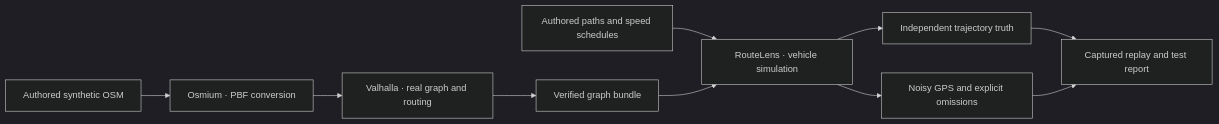
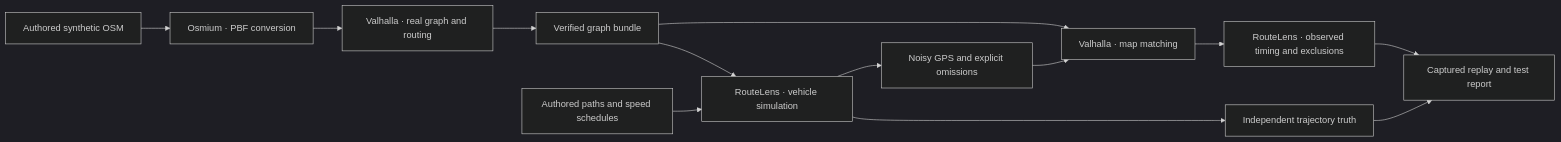
The diagram in README.md (dicebattle/roadmesh), drawn with Mermaid (dark theme) before and after one commit. The commit also changed other lines of this file and 438 other files, not shown here.

````diff
--- a/README.md
+++ b/README.md
@@ -64,12 +65,15 @@
 ```mermaid
 flowchart LR
   F[Authored synthetic OSM] --> O[Osmium · PBF conversion]
   O --> V[Valhalla · real graph and routing]
   V --> G[Verified graph bundle]
   S[Authored paths and speed schedules] --> P[RouteLens · vehicle simulation]
   G --> P
   P --> T[Independent trajectory truth]
   P --> N[Noisy GPS and explicit omissions]
   T --> R[Captured replay and test report]
-  N --> R
+  G --> M[Valhalla · map matching]
+  N --> M
+  M --> A[RouteLens · observed timing and exclusions]
+  A --> R
 ```
````
